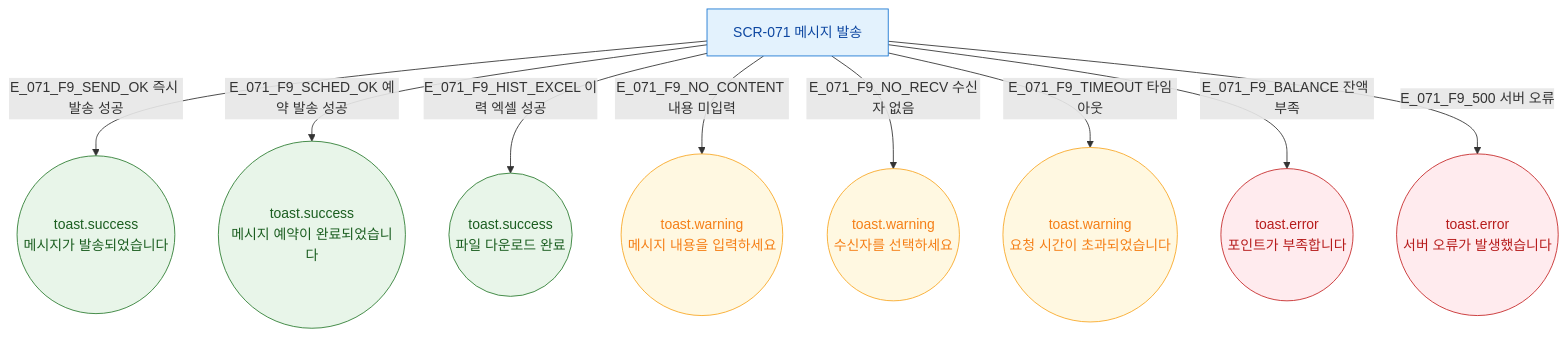
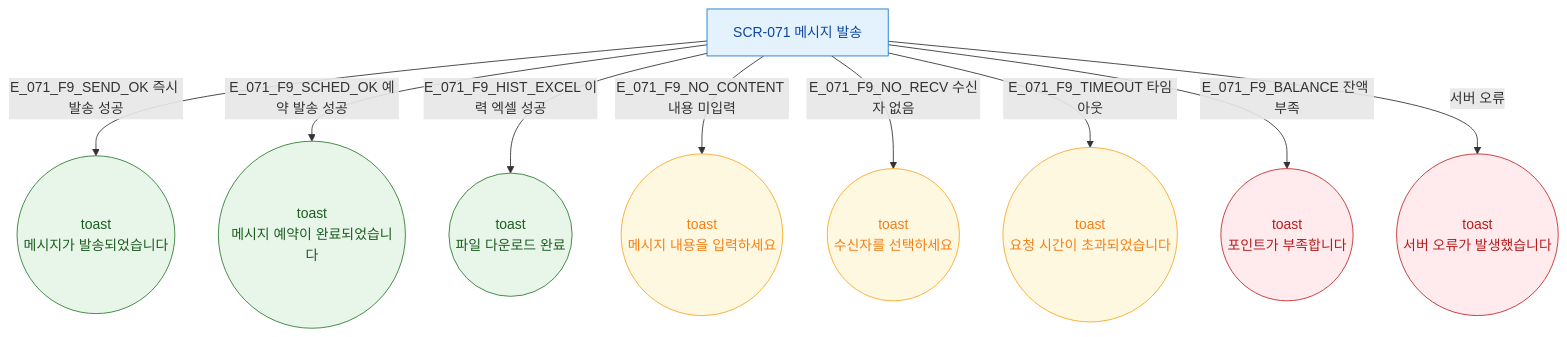
The diagram in docs/다이어그램/D08_마케팅/SCR-071_메시지발송/F9_토스트피드백.md (dev-spogym/admin-pando), drawn with Mermaid before and after one commit. The commit also changed other lines of this file and 1660 other files, not shown here.

First line of the commit message:
다이어그램: 기획자/클라이언트 납품본으로 정리

````diff
--- a/docs/다이어그램/D08_마케팅/SCR-071_메시지발송/F9_토스트피드백.md
+++ b/docs/다이어그램/D08_마케팅/SCR-071_메시지발송/F9_토스트피드백.md
@@ -22,25 +20,25 @@
 ```mermaid
 flowchart TD
   SCR_071[SCR-071 메시지 발송]
 
-  SCR_071 -->|E_071_F9_SEND_OK 즉시 발송 성공| T_S1((toast.success\n메시지가 발송되었습니다))
-  SCR_071 -->|E_071_F9_SCHED_OK 예약 발송 성공| T_S2((toast.success\n메시지 예약이 완료되었습니다))
-  SCR_071 -->|E_071_F9_HIST_EXCEL 이력 엑셀 성공| T_S3((toast.success\n파일 다운로드 완료))
+  SCR_071 -->|E_071_F9_SEND_OK 즉시 발송 성공|T_S1((toast\n메시지가 발송되었습니다))
+  SCR_071 -->|E_071_F9_SCHED_OK 예약 발송 성공|T_S2((toast\n메시지 예약이 완료되었습니다))
+  SCR_071 -->|E_071_F9_HIST_EXCEL 이력 엑셀 성공|T_S3((toast\n파일 다운로드 완료))
 
-  SCR_071 -->|E_071_F9_NO_CONTENT 내용 미입력| T_W1((toast.warning\n메시지 내용을 입력하세요))
-  SCR_071 -->|E_071_F9_NO_RECV 수신자 없음| T_W2((toast.warning\n수신자를 선택하세요))
-  SCR_071 -->|E_071_F9_TIMEOUT 타임아웃| T_W3((toast.warning\n요청 시간이 초과되었습니다))
+  SCR_071 -->|E_071_F9_NO_CONTENT 내용 미입력|T_W1((toast\n메시지 내용을 입력하세요))
+  SCR_071 -->|E_071_F9_NO_RECV 수신자 없음|T_W2((toast\n수신자를 선택하세요))
+  SCR_071 -->|E_071_F9_TIMEOUT 타임아웃|T_W3((toast\n요청 시간이 초과되었습니다))
 
-  SCR_071 -->|E_071_F9_BALANCE 잔액 부족| T_E1((toast.error\n포인트가 부족합니다))
-  SCR_071 -->|E_071_F9_500 서버 오류| T_E2((toast.error\n서버 오류가 발생했습니다))
+  SCR_071 -->|E_071_F9_BALANCE 잔액 부족|T_E1((toast\n포인트가 부족합니다))
+  SCR_071 -->|서버 오류|T_E2((toast\n서버 오류가 발생했습니다))
 
-  classDef success     fill:#E8F5E9,stroke:#2E7D32,color:#1B5E20
-  classDef warning     fill:#FFF8E1,stroke:#F9A825,color:#F57F17
-  classDef error       fill:#FFEBEE,stroke:#C62828,color:#B71C1C
-  classDef screen      fill:#E3F2FD,stroke:#1976D2,color:#0D47A1
+  classDef success fill:#E8F5E9,stroke:#2E7D32,color:#1B5E20
+  classDef warning fill:#FFF8E1,stroke:#F9A825,color:#F57F17
+  classDef error fill:#FFEBEE,stroke:#C62828,color:#B71C1C
+  classDef screen fill:#E3F2FD,stroke:#1976D2,color:#0D47A1
 
   class T_S1,T_S2,T_S3 success
   class T_W1,T_W2,T_W3 warning
   class T_E1,T_E2 error
   class SCR_071 screen
 ```
````
